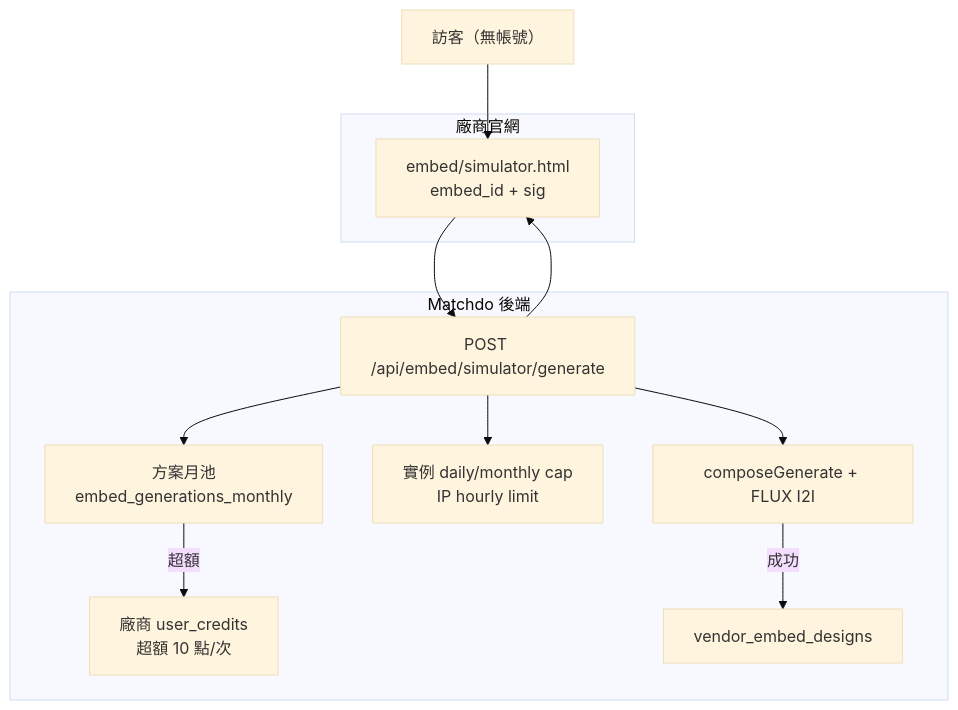
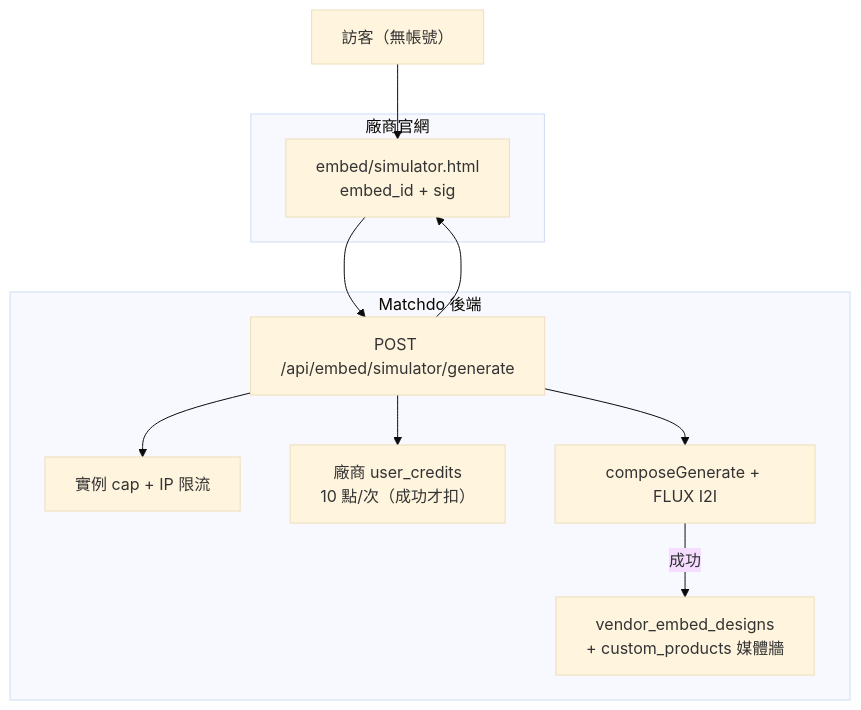
One commit to taskmatching-stack/matchdo changed the diagram in docs/PROGRESS-vendor-embed-simulator.md. Above: the diagram before and after it, drawn with Mermaid (base theme). The commit also changed other lines of this file and 4 other files, not shown here.

First line of the commit message:
feat(embed): 成圖下方加入 AI 說明文案，引導訪客溝通

````diff
--- a/docs/PROGRESS-vendor-embed-simulator.md
+++ b/docs/PROGRESS-vendor-embed-simulator.md
@@ -29,22 +31,20 @@
 ```mermaid
 flowchart TB
   subgraph vendorSite [廠商官網]
     Iframe["embed/simulator.html<br/>embed_id + sig"]
   end
   subgraph matchdo [Matchdo 後端]
     API["POST /api/embed/simulator/generate"]
-    Quota["方案月池<br/>embed_generations_monthly"]
-    InstanceCap["實例 daily/monthly cap<br/>IP hourly limit"]
-    Credits["廠商 user_credits<br/>超額 10 點/次"]
+    Caps["實例 cap + IP 限流"]
+    Credits["廠商 user_credits<br/>10 點/次（成功才扣）"]
     FLUX["composeGenerate + FLUX I2I"]
-    DB["vendor_embed_designs"]
+    DB["vendor_embed_designs<br/>+ custom_products 媒體牆"]
   end
   Visitor["訪客（無帳號）"] --> Iframe
   Iframe --> API
-  API --> Quota
-  API --> InstanceCap
-  Quota -->|超額| Credits
+  API --> Caps
+  API --> Credits
   API --> FLUX
   FLUX -->|成功| DB
   API --> Iframe
 ```
````
